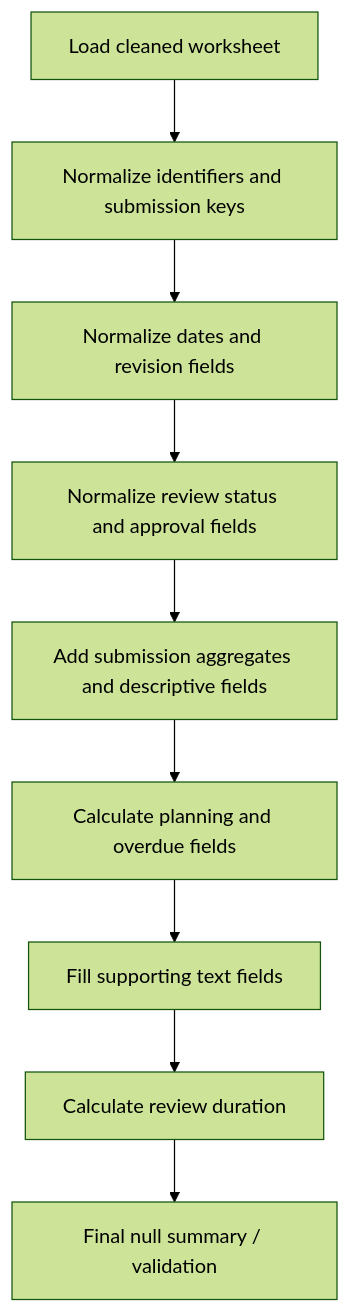
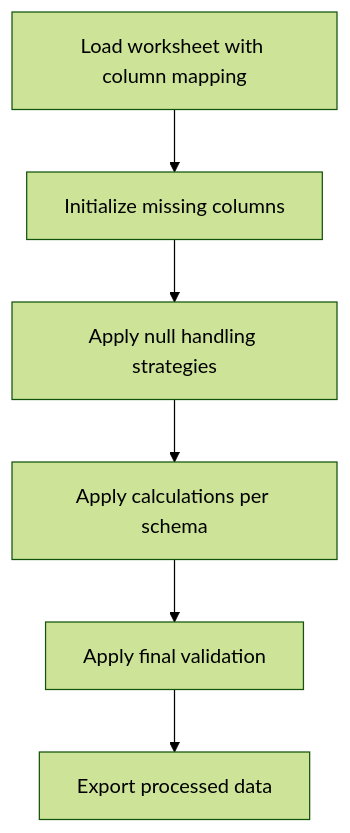
One commit to chinwarsoon/Engineering-and-Design changed the diagram in dcc/workflow/explaination/column_update_logic.md. Above: the diagram before and after it, drawn with Mermaid (forest theme). The commit also changed other lines of this file and 4 other files, not shown here.

````diff
--- a/dcc/workflow/explaination/column_update_logic.md
+++ b/dcc/workflow/explaination/column_update_logic.md
@@ -7,11 +7,8 @@
 ```mermaid
 flowchart TD
-    A[Load cleaned worksheet] --> B[Normalize identifiers and submission keys]
-    B --> C[Normalize dates and revision fields]
-    C --> D[Normalize review status and approval fields]
-    D --> E[Add submission aggregates and descriptive fields]
-    E --> F[Calculate planning and overdue fields]
-    F --> G[Fill supporting text fields]
-    G --> H[Calculate review duration]
-    H --> I[Final null summary / validation]
+    A[Load worksheet with column mapping] --> B[Initialize missing columns]
+    B --> C[Apply null handling strategies]
+    C --> D[Apply calculations per schema]
+    D --> E[Apply final validation]
+    E --> F[Export processed data]
 ```
````
